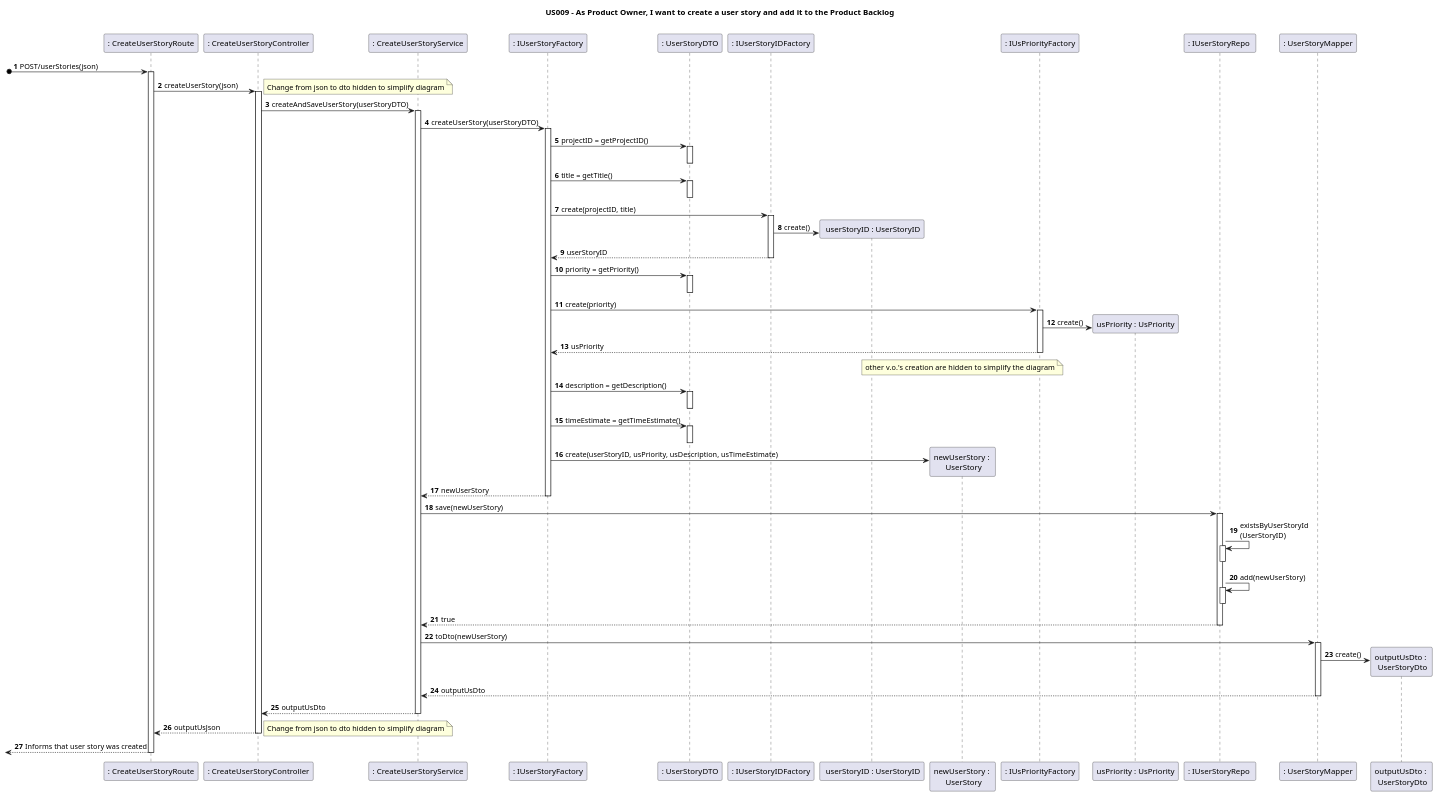
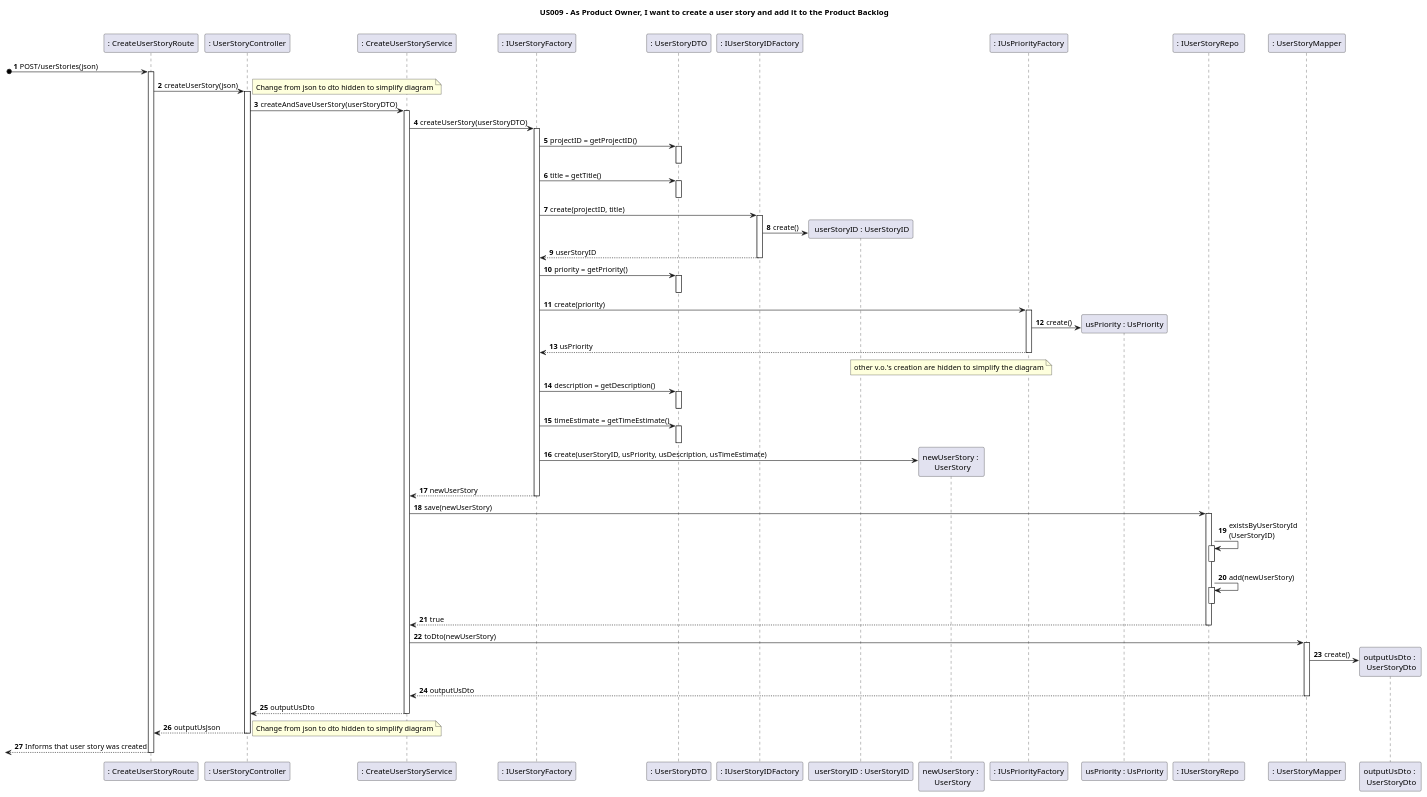
Before and after one commit to nunogon1211787/projectManagement: the diagram in docs/Sprint1/US009/US009RE-SD.puml, drawn with PlantUML. The commit also changed 31 other files, not shown here.

```diff
--- a/docs/Sprint1/US009/US009RE-SD.puml
+++ b/docs/Sprint1/US009/US009RE-SD.puml
@@ -1,72 +1,72 @@
 @startuml
 'https://plantuml.com/sequence-diagram
 
 title US009 - As Product Owner, I want to create a user story and add it to the Product Backlog
 
 autoactivate on
 autonumber
 
 
 participant ": CreateUserStoryRoute" as System
-participant ": CreateUserStoryController" as Ctrl
+participant ": UserStoryController" as Ctrl
 participant ": CreateUserStoryService" as appService
 participant ": IUserStoryFactory" as factory
 participant ": UserStoryDTO" as usDto
 participant ": IUserStoryIDFactory" as IusID
 participant " userStoryID : UserStoryID" as usID
 participant "newUserStory : \n UserStory" as us
 participant ": IUsPriorityFactory" as IusPrio
 participant "usPriority : UsPriority" as usPrio
 participant ": IUserStoryRepo " as usStore
 participant ": UserStoryMapper" as usMapper
 participant "outputUsDto : \n UserStoryDto" as outDto
 
 
 
 [o-> System: POST/userStories(json)
 System -> Ctrl: createUserStory(json)
 note right
 Change from json to dto hidden to simplify diagram
 end note
 Ctrl -> appService: createAndSaveUserStory(userStoryDTO)
 appService -> factory:  createUserStory(userStoryDTO)
 factory -> usDto: projectID = getProjectID()
 deactivate
 factory -> usDto: title = getTitle()
 deactivate
 factory -> IusID: create(projectID, title)
  IusID-> usID **: create()
  IusID--> factory : userStoryID
 
 factory-> usDto: priority = getPriority()
 deactivate
 factory -> IusPrio: create(priority)
  IusPrio-> usPrio **: create()
  IusPrio--> factory : usPriority
  note over us: other v.o.'s creation  are hidden to simplify the diagram
 factory-> usDto: description = getDescription()
  deactivate
  factory-> usDto: timeEstimate = getTimeEstimate()
   deactivate
 
 
 factory -> us **: create(userStoryID, usPriority, usDescription, usTimeEstimate)
 factory --> appService: newUserStory
 
 appService-> usStore: save(newUserStory)
 usStore-> usStore: existsByUserStoryId\n(UserStoryID)
 deactivate
 usStore-> usStore: add(newUserStory)
 deactivate
 usStore --> appService : true
 appService-> usMapper : toDto(newUserStory)
 usMapper-> outDto **:create()
 usMapper --> appService: outputUsDto
 appService --> Ctrl: outputUsDto
 Ctrl --> System: outputUsJson
 note right
 Change from json to dto hidden to simplify diagram
 end note
 [<--System : Informs that user story was created
 
 @enduml
```
